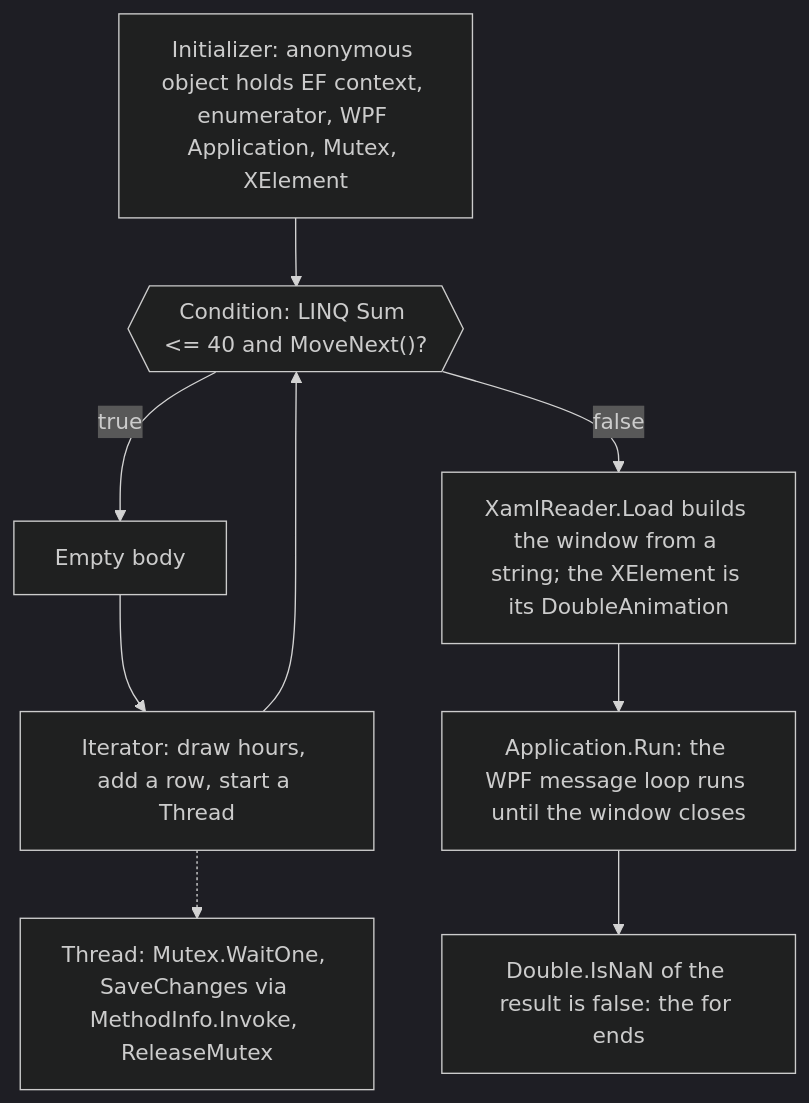
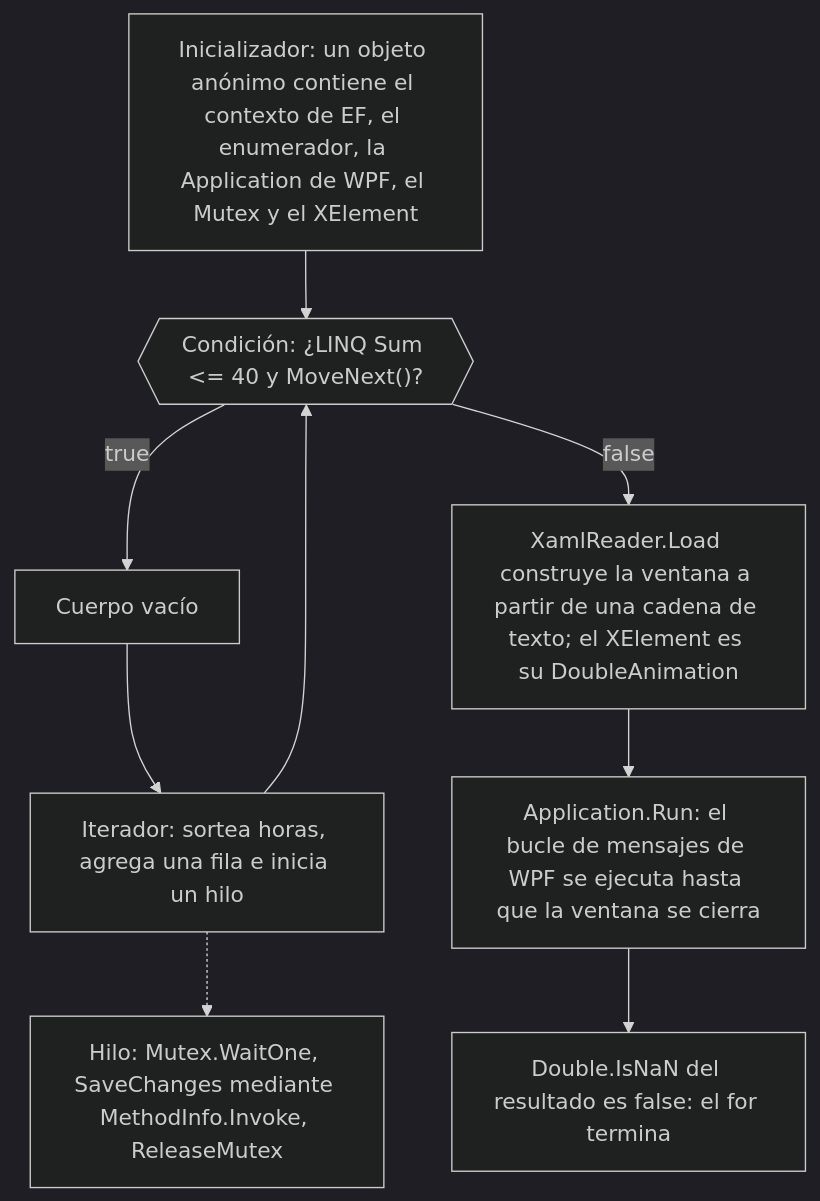
One commit to dullroar/aprende-a-programar-como-un-bicho-raro changed the diagram in src/ModernChallenge1/README.md. Above: the diagram before and after it, drawn with Mermaid (dark theme). The commit also changed other lines of this file and 17 other files, not shown here.

Commit message:
loop(P4-src-2): Linq1, Linq2, Modern1, Python1 entry READMEs translated (209 segments); waivers EXC-045..078; H009 recorded

````diff
--- a/src/ModernChallenge1/README.md
+++ b/src/ModernChallenge1/README.md
@@ -48,13 +48,13 @@
 ```mermaid
 flowchart TD
-    accTitle: ModernChallenge1: a for statement whose false branch runs the WPF message loop
-    accDescr: A flowchart. The initializer builds one anonymous object with the EF Core context, a category enumerator, a WPF Application, a Mutex and an XElement. The condition is true while the LINQ sum is 40 or less and MoveNext succeeds. Then the empty body runs and the iterator draws hours, adds a row to the context and starts a thread that waits on the Mutex and saves through MethodInfo.Invoke. When the condition is false, XamlReader.Load builds the window from a string and the XElement becomes its DoubleAnimation. Application.Run then runs the WPF message loop until the window closes, and IsNaN of its result is false, so the for ends.
-    A["Initializer: anonymous object holds EF context, enumerator, WPF Application, Mutex, XElement"] --> B{{"Condition: LINQ Sum <= 40 and MoveNext()?"}}
-    B -->|true| C["Empty body"]
-    C --> D["Iterator: draw hours, add a row, start a Thread"]
+    accTitle: ModernChallenge1: una instrucción for cuya rama falsa ejecuta el bucle de mensajes de WPF
+    accDescr: Un diagrama de flujo. El inicializador construye un objeto anónimo con el contexto de EF Core, un enumerador de categorías, una Application de WPF, un Mutex y un XElement. La condición es verdadera mientras la suma de LINQ no pasa de 40 y MoveNext tiene éxito. Entonces se ejecuta el cuerpo vacío y el iterador sortea horas, agrega una fila al contexto e inicia un hilo que espera en el Mutex y guarda mediante MethodInfo.Invoke. Cuando la condición es falsa, XamlReader.Load construye la ventana a partir de una cadena de texto y el XElement se convierte en su DoubleAnimation. Después Application.Run ejecuta el bucle de mensajes de WPF hasta que se cierra la ventana. IsNaN de su resultado es false, así que el for termina.
+    A["Inicializador: un objeto anónimo contiene el contexto de EF, el enumerador, la Application de WPF, el Mutex y el XElement"] --> B{{"Condición: ¿LINQ Sum <= 40 y MoveNext()?"}}
+    B -->|true| C["Cuerpo vacío"]
+    C --> D["Iterador: sortea horas, agrega una fila e inicia un hilo"]
     D --> B
-    D -.-> T["Thread: Mutex.WaitOne, SaveChanges via MethodInfo.Invoke, ReleaseMutex"]
-    B -->|false| E["XamlReader.Load builds the window from a string; the XElement is its DoubleAnimation"]
-    E --> F["Application.Run: the WPF message loop runs until the window closes"]
-    F --> G["Double.IsNaN of the result is false: the for ends"]
+    D -.-> T["Hilo: Mutex.WaitOne, SaveChanges mediante MethodInfo.Invoke, ReleaseMutex"]
+    B -->|false| E["XamlReader.Load construye la ventana a partir de una cadena de texto; el XElement es su DoubleAnimation"]
+    E --> F["Application.Run: el bucle de mensajes de WPF se ejecuta hasta que la ventana se cierra"]
+    F --> G["Double.IsNaN del resultado es false: el for termina"]
 ```
````
